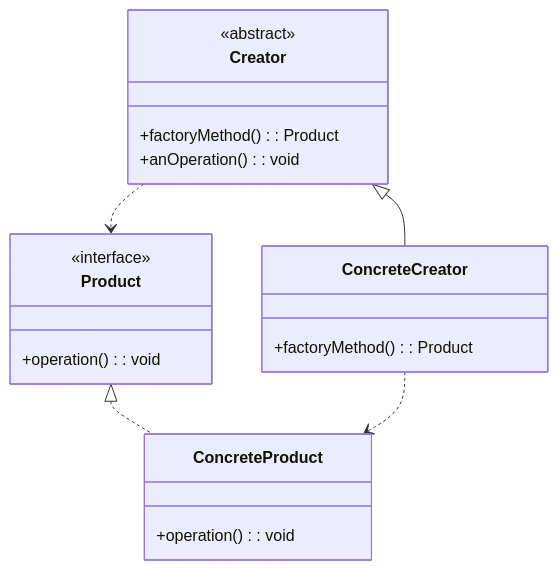
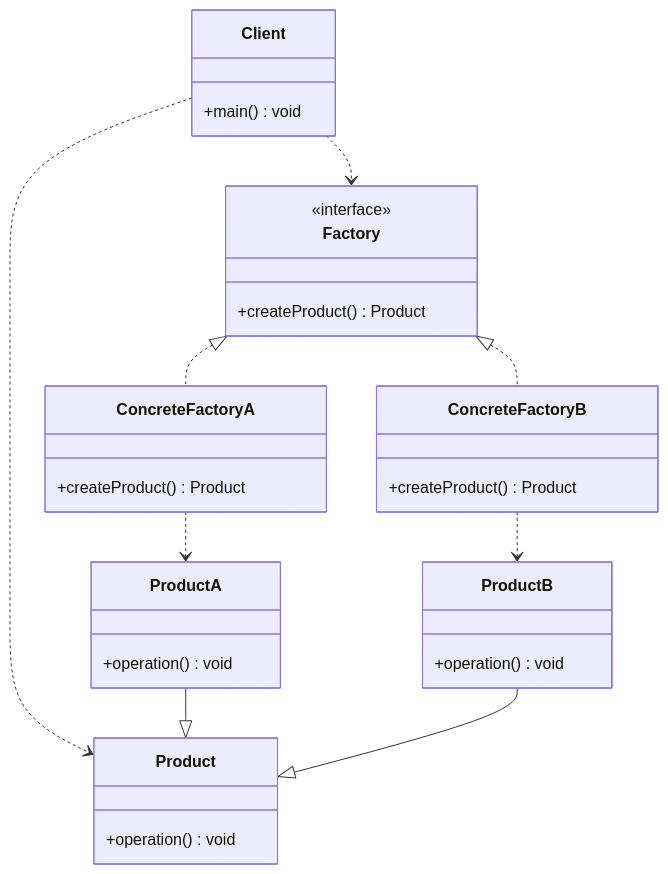
Before and after one commit to InfiniteAstral/notes: the third of 11 diagrams in 计算机科学/面向对象设计与Java编程/9 设计模式/9-1 设计模式概述.md, drawn with Mermaid. The commit also changed other lines of this file, not shown here.

Commit message:
feat: update mermaid class diagram 计算机科学/面向对象设计与Java编程/9 设计模式/9-1 设计模式概述.md

````diff
--- a/计算机科学/面向对象设计与Java编程/9 设计模式/9-1 设计模式概述.md
+++ b/计算机科学/面向对象设计与Java编程/9 设计模式/9-1 设计模式概述.md
@@ -88,23 +93,38 @@
 ```mermaid
 classDiagram
-    class Product {
-        <<interface>>
-        +operation(): void
-    }
-    class ConcreteProduct {
-        +operation(): void
-    }
-    class Creator {
-        <<abstract>>
-        +factoryMethod(): Product
-        +anOperation(): void
-    }
-    class ConcreteCreator {
-        +factoryMethod(): Product
-    }
+  direction TB
+  class Client {
+    +main() void
+  }
+  class Factory {
+    <<interface>>
+    +createProduct() Product
+  }
+  class Product {
+    +operation() void
+  }
+  class ConcreteFactoryA {
+    +createProduct() Product
+  }
+  class ConcreteFactoryB {
+    +createProduct() Product
+  }
+  class ProductA {
+    +operation() void
+  }
+  class ProductB {
+    +operation() void
+  }
 
-    Product <|.. ConcreteProduct
-    Creator <|-- ConcreteCreator
-    Creator ..> Product
-    ConcreteCreator ..> ConcreteProduct
+  Client ..> Factory
+  Client ..> Product
+
+  ConcreteFactoryA ..> ProductA
+  ConcreteFactoryB ..> ProductB
+
+  Factory <|.. ConcreteFactoryA
+  Factory <|.. ConcreteFactoryB
+
+  ProductA --|> Product
+  ProductB --|> Product
 ```
````
